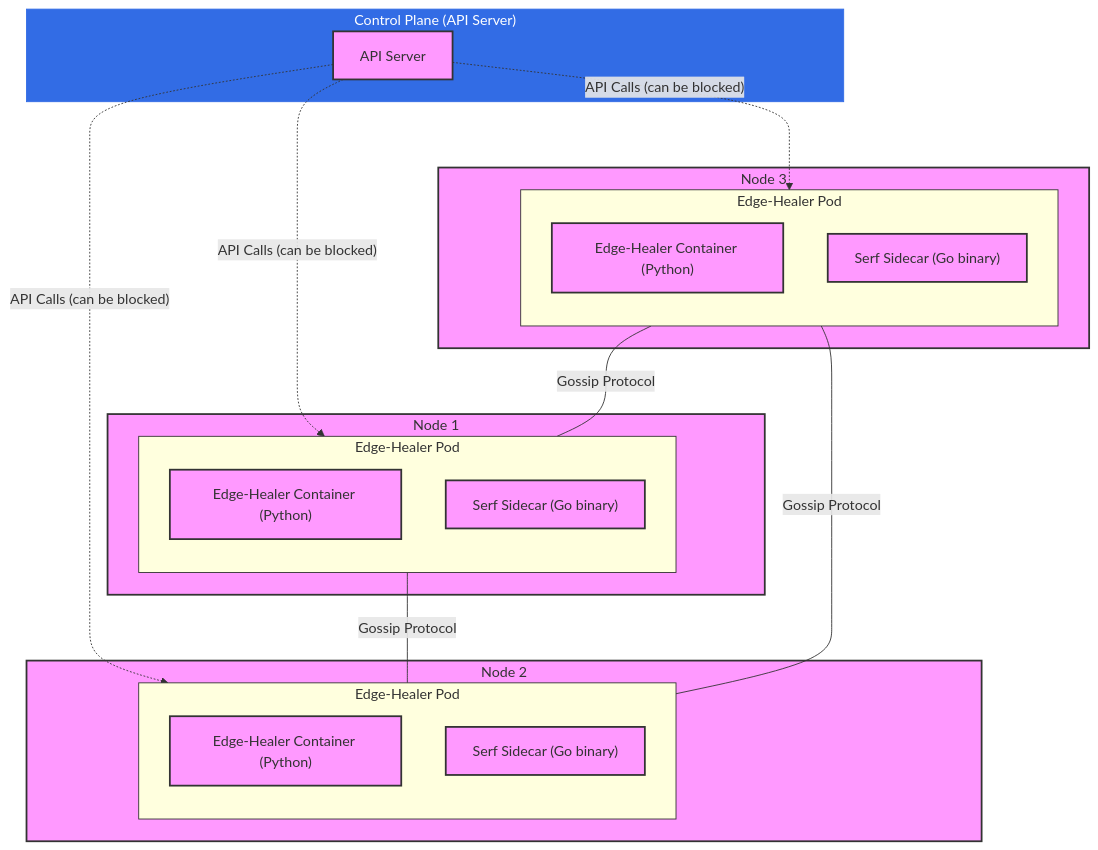
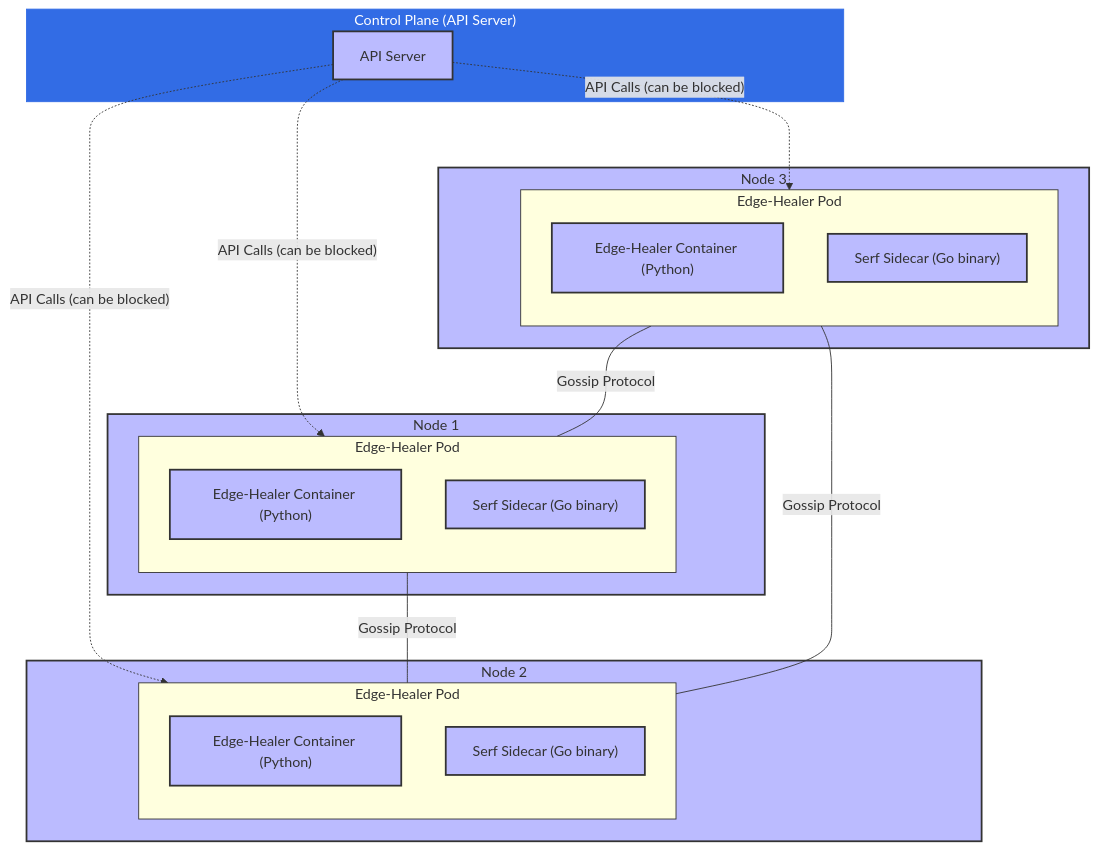
The first of 2 diagrams in README.md (dlamagna/kubernetes-edge-healer), drawn with Mermaid before and after one commit.

Commit message:
mwemaid colours

````diff
--- a/README.md
+++ b/README.md
@@ -22,49 +22,49 @@
 ```mermaid
 flowchart TB
     subgraph Control_Plane["Control Plane (API Server)"]
         style Control_Plane fill:#326ce5,stroke:#326ce5,color:#fff
         CP["API Server"]
     end
 
     subgraph Node1["Node 1"]
         subgraph Pod1["Edge-Healer Pod"]
             direction TB
             C1["Edge-Healer Container (Python)"]
             S1["Serf Sidecar (Go binary)"]
         end
     end
 
     subgraph Node2["Node 2"]
         subgraph Pod2["Edge-Healer Pod"]
             direction TB
             C2["Edge-Healer Container (Python)"]
             S2["Serf Sidecar (Go binary)"]
         end
     end
 
     subgraph Node3["Node 3"]
         subgraph Pod3["Edge-Healer Pod"]
             direction TB
             C3["Edge-Healer Container (Python)"]
             S3["Serf Sidecar (Go binary)"]
         end
     end
 
     %% Control Plane connections (dashed to show it can be cut off)
     CP -.->|"API Calls (can be blocked)"| Pod1
     CP -.->|"API Calls (can be blocked)"| Pod2
     CP -.->|"API Calls (can be blocked)"| Pod3
 
     %% Serf gossip network (solid lines to show it's always active)
     S1 ---|"Gossip Protocol"| S2
     S2 ---|"Gossip Protocol"| S3
     S3 ---|"Gossip Protocol"| S1
 
     %% Layout hints
-    classDef node fill:#f9f,stroke:#333,stroke-width:2px
+    classDef node fill:#bbf,stroke:#333,stroke-width:2px
     classDef pod stroke:#333,stroke-width:1px
     classDef control fill:#326ce5,stroke:#326ce5,color:#fff
     class Node1,Node2,Node3 node
     class Pod1,Pod2,Pod3 pod
     class Control_Plane control
 ```
````
